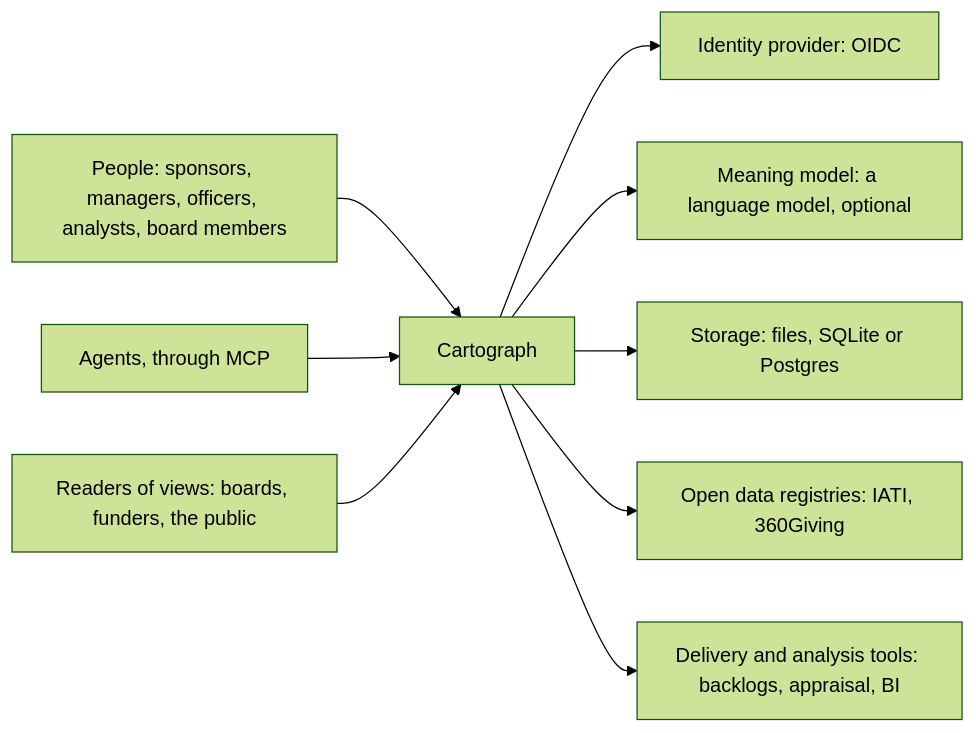
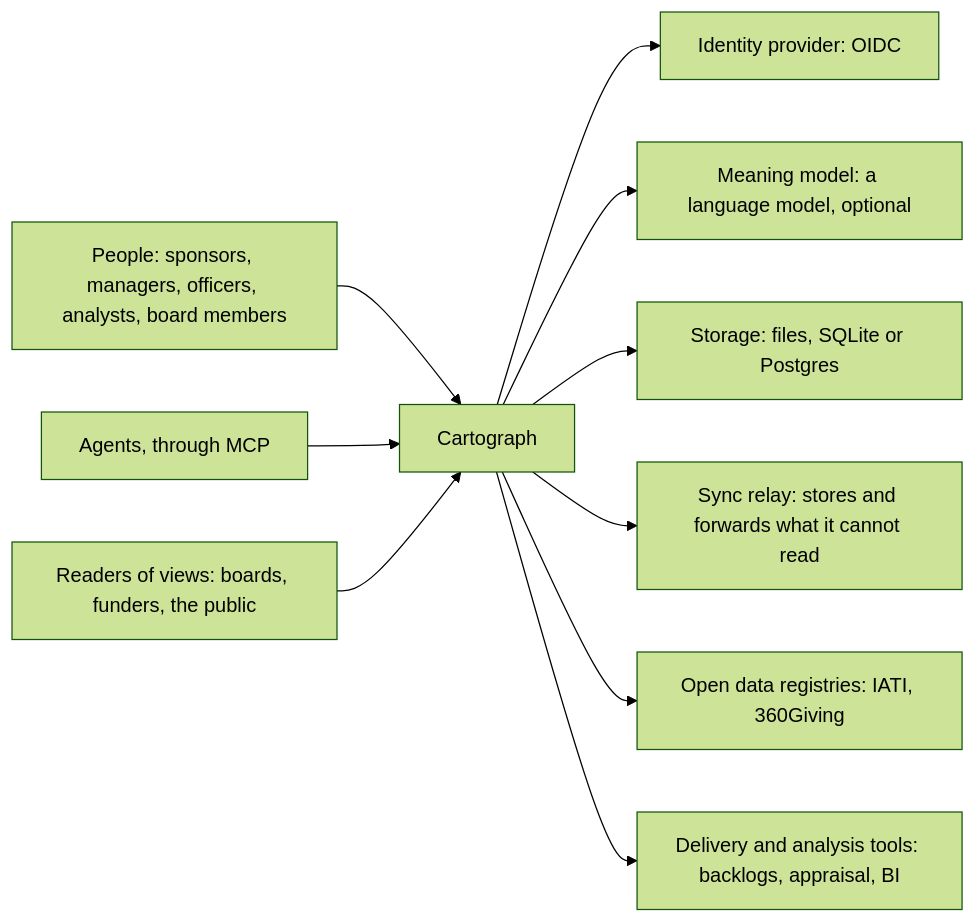
Before and after one commit to ProjectCartograph/cartograph-design: the first of 3 diagrams in docs/explanation/architecture.md, drawn with Mermaid (forest theme). The commit also changed other lines of this file and 14 other files, not shown here.

````diff
--- a/docs/explanation/architecture.md
+++ b/docs/explanation/architecture.md
@@ -7,11 +7,12 @@
 ```mermaid
 flowchart LR
   PE["People: sponsors, managers, officers, analysts, board members"] --> CG["Cartograph"]
   AG["Agents, through MCP"] --> CG
   CG --> ID["Identity provider: OIDC"]
   CG --> MM["Meaning model: a language model, optional"]
   CG --> ST["Storage: files, SQLite or Postgres"]
+  CG --> RL["Sync relay: stores and forwards what it cannot read"]
   CG --> OD["Open data registries: IATI, 360Giving"]
   CG --> DT["Delivery and analysis tools: backlogs, appraisal, BI"]
   RD["Readers of views: boards, funders, the public"] --> CG
 ```
````
